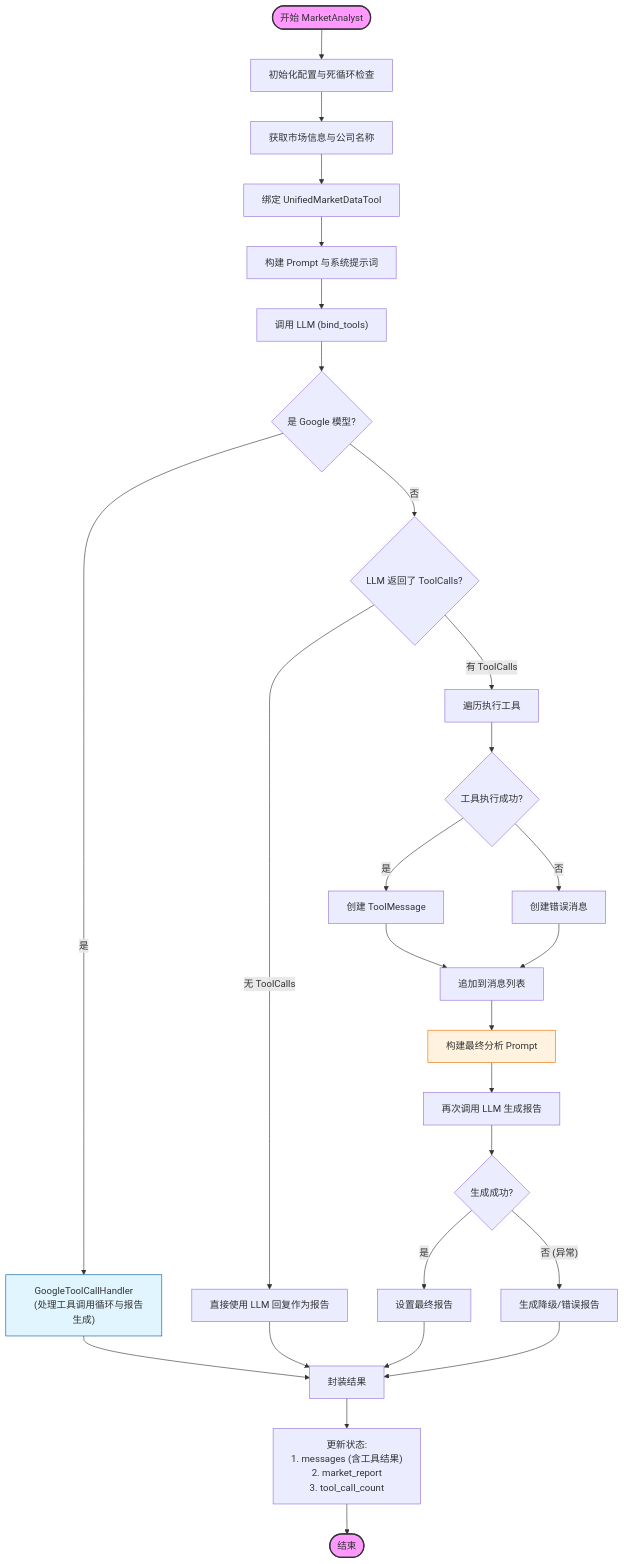
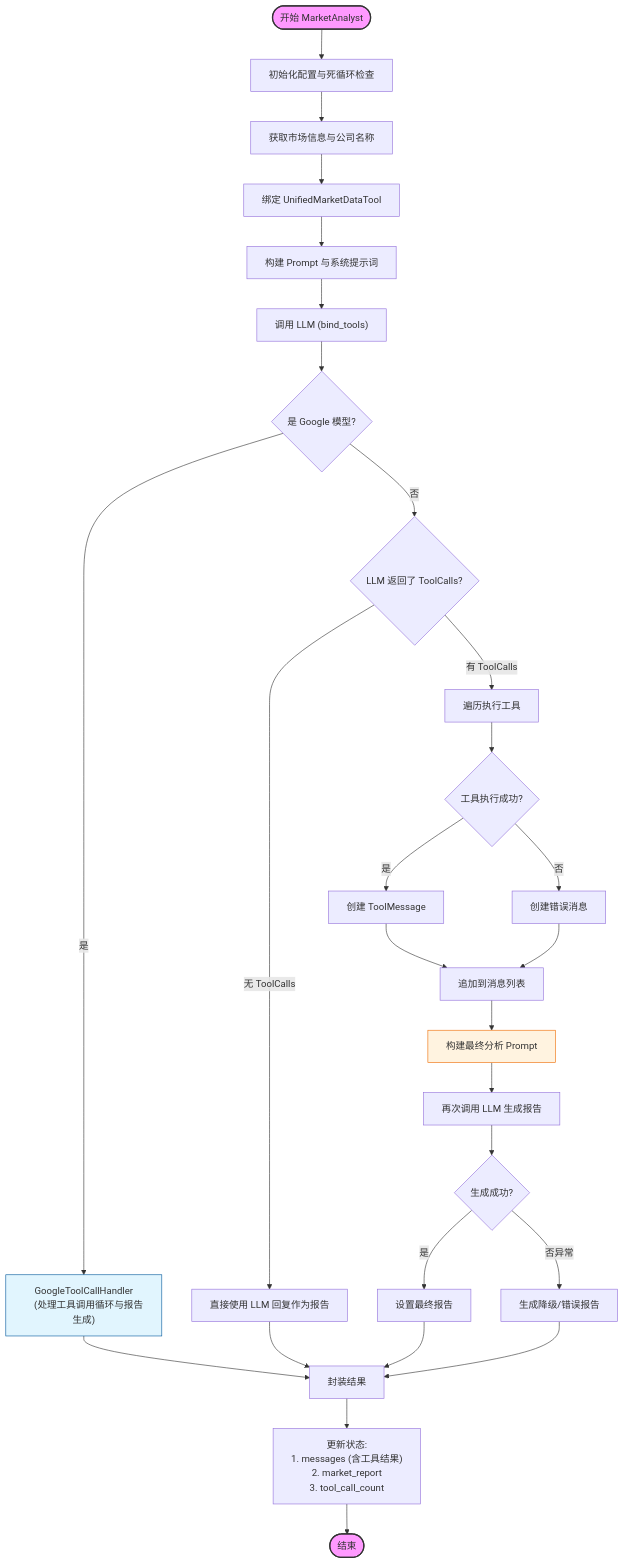
One commit to sherererlock/TradingAgents-CN changed the diagram in tradingagents/doc/market_analyst.md. Above: the diagram before and after it, drawn with Mermaid. The commit also changed 1 other file, not shown here.

Commit message:
docs(market_analyst): 修复流程图中的异常描述格式 refactor(cli): 更新默认LLM模型为deepseek-r1

````diff
--- a/tradingagents/doc/market_analyst.md
+++ b/tradingagents/doc/market_analyst.md
@@ -7,55 +7,55 @@
 ```mermaid
 flowchart TD
     Start([开始 MarketAnalyst]) --> Init[初始化配置与死循环检查]
     Init --> GetInfo[获取市场信息与公司名称]
     GetInfo --> CreateTool[绑定 UnifiedMarketDataTool]
     CreateTool --> BuildPrompt[构建 Prompt 与系统提示词]
     
     BuildPrompt --> CallLLM["调用 LLM (bind_tools)"]
     
     CallLLM --> CheckGoogle{是 Google 模型?}
     
     %% Google 模型分支
     CheckGoogle -- 是 --> GoogleHandler["GoogleToolCallHandler
     (处理工具调用循环与报告生成)"]
     GoogleHandler --> Finalize
     
     %% 非 Google 模型分支 (标准流程)
     CheckGoogle -- 否 --> CheckTools{LLM 返回了 ToolCalls?}
     
     %% 无工具调用 (直接回复)
     CheckTools -- 无 ToolCalls --> DirectReply[直接使用 LLM 回复作为报告]
     DirectReply --> Finalize
     
     %% 有工具调用 (手动执行循环)
     CheckTools -- 有 ToolCalls --> ExecTools[遍历执行工具]
     
     ExecTools --> ToolLoop{工具执行成功?}
     ToolLoop -- 是 --> CreateToolMsg[创建 ToolMessage]
     ToolLoop -- 否 --> CreateErrMsg[创建错误消息]
     
     CreateToolMsg --> AppendMsg[追加到消息列表]
     CreateErrMsg --> AppendMsg
     
     AppendMsg --> BuildFinalPrompt[构建最终分析 Prompt]
     BuildFinalPrompt --> CallLLMFinal[再次调用 LLM 生成报告]
     
     CallLLMFinal --> Success{生成成功?}
     Success -- 是 --> SetReport[设置最终报告]
-    Success -- 否 (异常) --> ErrorReport[生成降级/错误报告]
+    Success -- 否异常 --> ErrorReport[生成降级/错误报告]
     
     SetReport --> Finalize
     ErrorReport --> Finalize
     
     %% 结束
     Finalize[封装结果] --> UpdateState["更新状态:
     1. messages (含工具结果)
     2. market_report
     3. tool_call_count"]
     UpdateState --> End([结束])
 
     style Start fill:#f9f,stroke:#333,stroke-width:2px
     style End fill:#f9f,stroke:#333,stroke-width:2px
     style GoogleHandler fill:#e1f5fe,stroke:#01579b
     style BuildFinalPrompt fill:#fff3e0,stroke:#ef6c00
 ```
````
